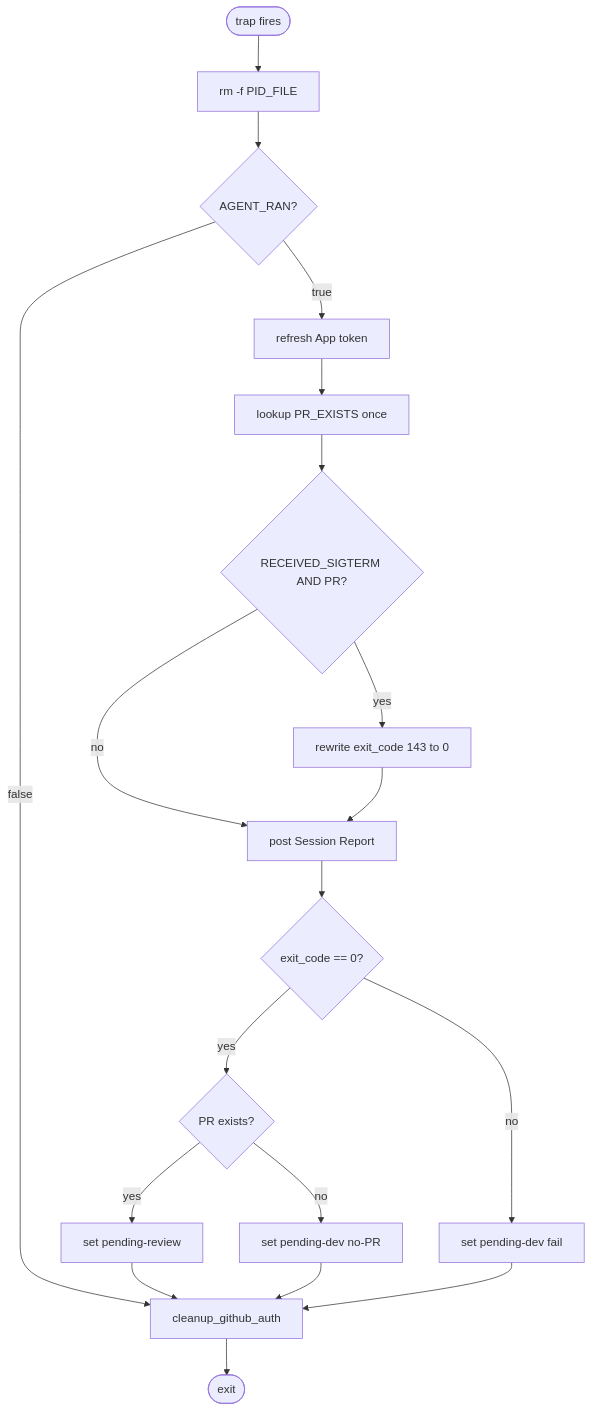
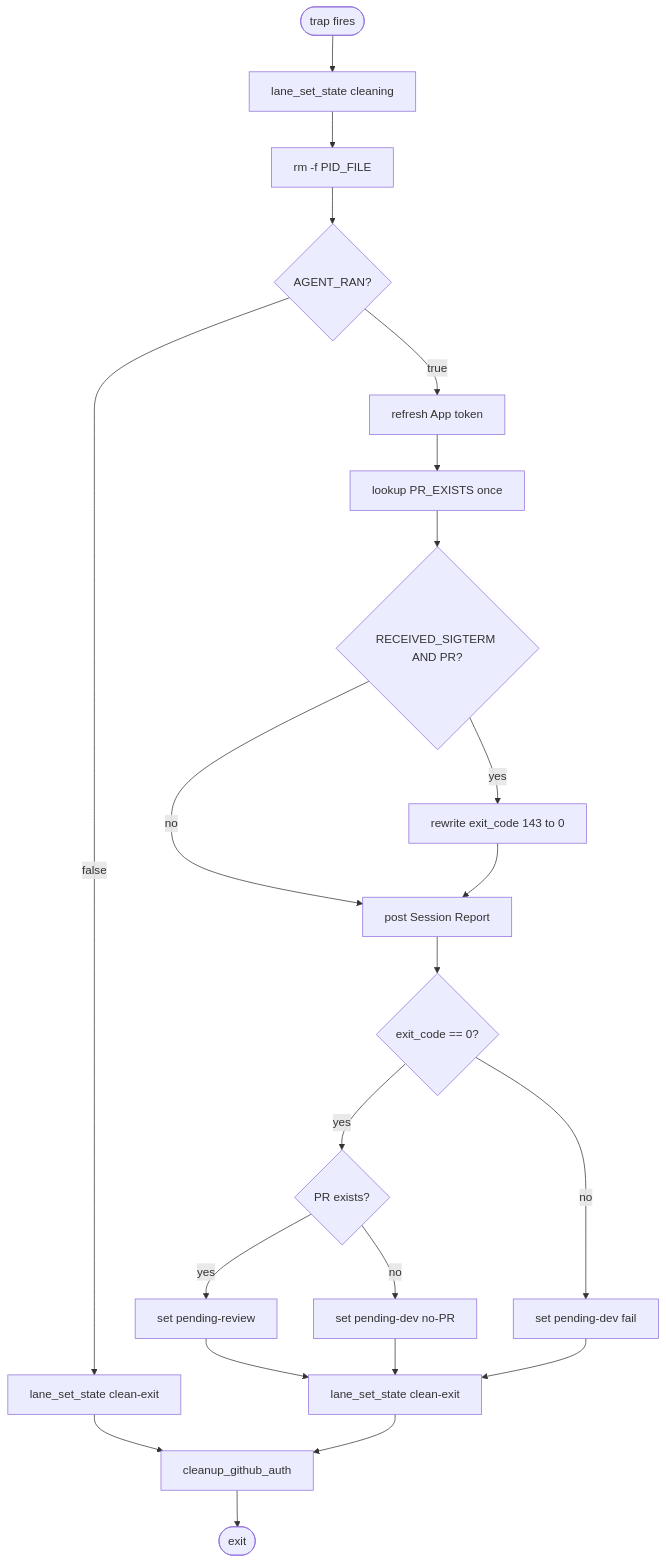
Before and after one commit to zxkane/autonomous-dev-team: the second of 2 diagrams in docs/pipeline/dev-agent-flow.md, drawn with Mermaid. The commit also changed other lines of this file and 11 other files, not shown here.

````diff
--- a/docs/pipeline/dev-agent-flow.md
+++ b/docs/pipeline/dev-agent-flow.md
@@ -257,25 +277,28 @@
 ```mermaid
 flowchart TD
-    enter([trap fires]) --> rm_pid[rm -f PID_FILE]
+    enter([trap fires]) --> lane_cleaning[lane_set_state cleaning]
+    lane_cleaning --> rm_pid[rm -f PID_FILE]
     rm_pid --> ran{AGENT_RAN?}
-    ran -- false --> auth_done[cleanup_github_auth]
+    ran -- false --> lane_clean1[lane_set_state clean-exit]
+    lane_clean1 --> auth_done[cleanup_github_auth]
     auth_done --> done([exit])
 
     ran -- true --> refresh[refresh App token]
     refresh --> pr_lookup[lookup PR_EXISTS once]
     pr_lookup --> sigterm_check{RECEIVED_SIGTERM AND PR?}
     sigterm_check -- yes --> rewrite[rewrite exit_code 143 to 0]
     sigterm_check -- no --> session_report
     rewrite --> session_report[post Session Report]
     session_report --> exit_branch{exit_code == 0?}
 
     exit_branch -- yes --> pr_check{PR exists?}
     pr_check -- yes --> to_review[set pending-review]
     pr_check -- no --> to_dev_no_pr[set pending-dev no-PR]
 
     exit_branch -- no --> to_dev_fail[set pending-dev fail]
 
-    to_review --> auth_done
-    to_dev_no_pr --> auth_done
-    to_dev_fail --> auth_done
+    to_review --> lane_clean2[lane_set_state clean-exit]
+    to_dev_no_pr --> lane_clean2
+    to_dev_fail --> lane_clean2
+    lane_clean2 --> auth_done
 ```
````
